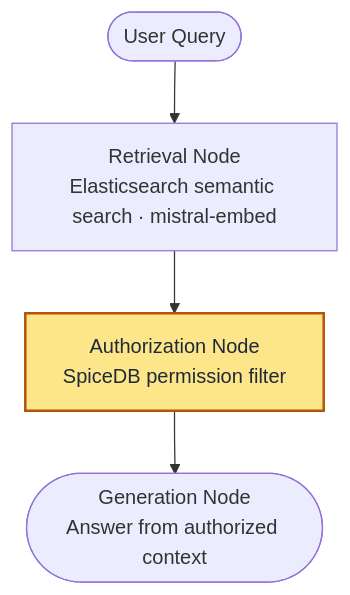
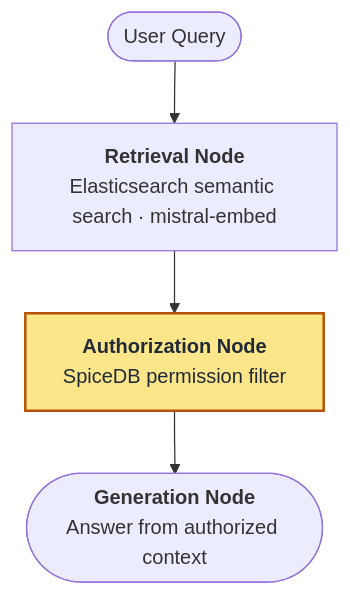
The first of 2 diagrams in agentic-rag-authorization/README.md (authzed/examples), drawn with Mermaid before and after one commit. The commit also changed other lines of this file, not shown here.

Commit message:
agentic-rag: bold node names in Mermaid flow diagrams

````diff
--- a/agentic-rag-authorization/README.md
+++ b/agentic-rag-authorization/README.md
@@ -193,8 +155,8 @@
 ```mermaid
 flowchart TD
-    Q([User Query]) --> R[Retrieval Node<br/>Elasticsearch semantic search · mistral-embed]
-    R --> A[Authorization Node<br/>SpiceDB permission filter]
-    A --> G([Generation Node<br/>Answer from authorized context])
+    Q([User Query]) --> R[<b>Retrieval Node</b><br/>Elasticsearch semantic search · mistral-embed]
+    R --> A[<b>Authorization Node</b><br/>SpiceDB permission filter]
+    A --> G([<b>Generation Node</b><br/>Answer from authorized context])
     class A boundary
     classDef boundary fill:#fde68a,stroke:#b45309,stroke-width:2px,color:#1f2937;
 ```
````
